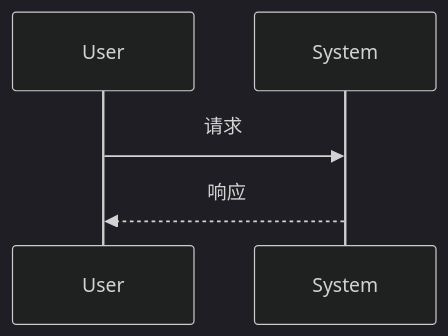
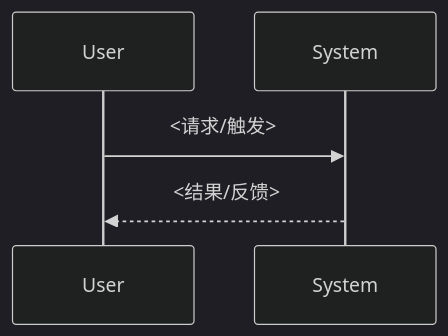
Before and after one commit to TheAceTeam/AceHarness: the second of 2 diagrams in skills/aceharness-spec-coding/templates/design.md, drawn with Mermaid (dark theme). The commit also changed other lines of this file and 40 other files, not shown here.

````diff
--- a/skills/aceharness-spec-coding/templates/design.md
+++ b/skills/aceharness-spec-coding/templates/design.md
@@ -51,7 +37,7 @@
 ```mermaid
 sequenceDiagram
     participant User
     participant System
-    User->>System: 请求
-    System-->>User: 响应
+    User->>System: <请求/触发>
+    System-->>User: <结果/反馈>
 ```
````
